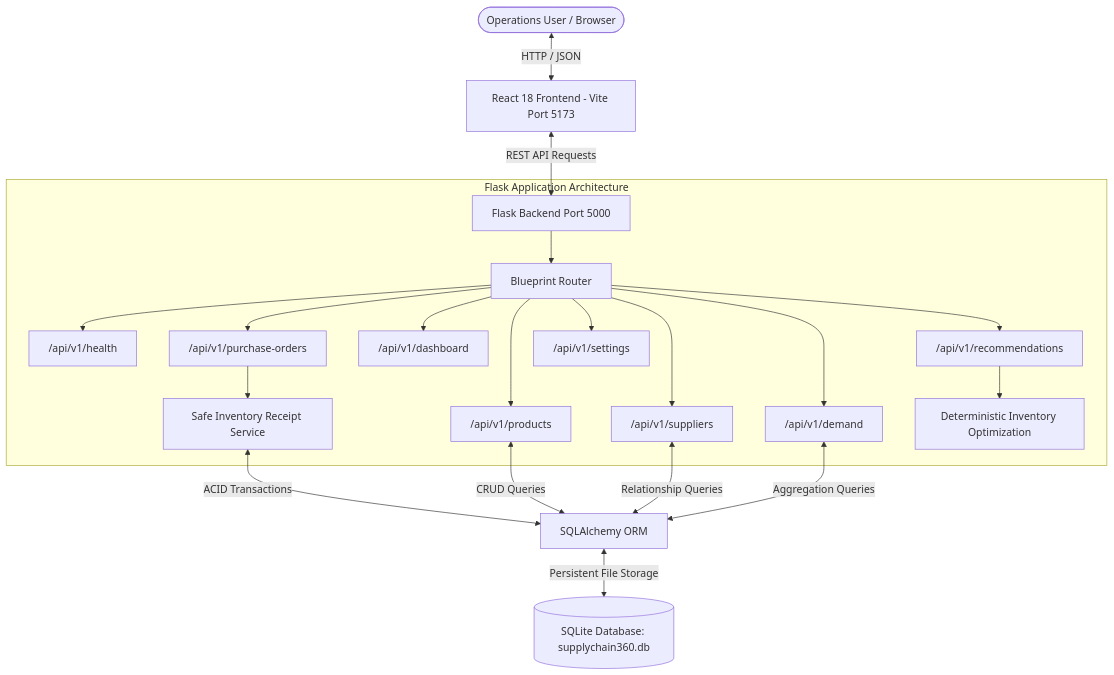
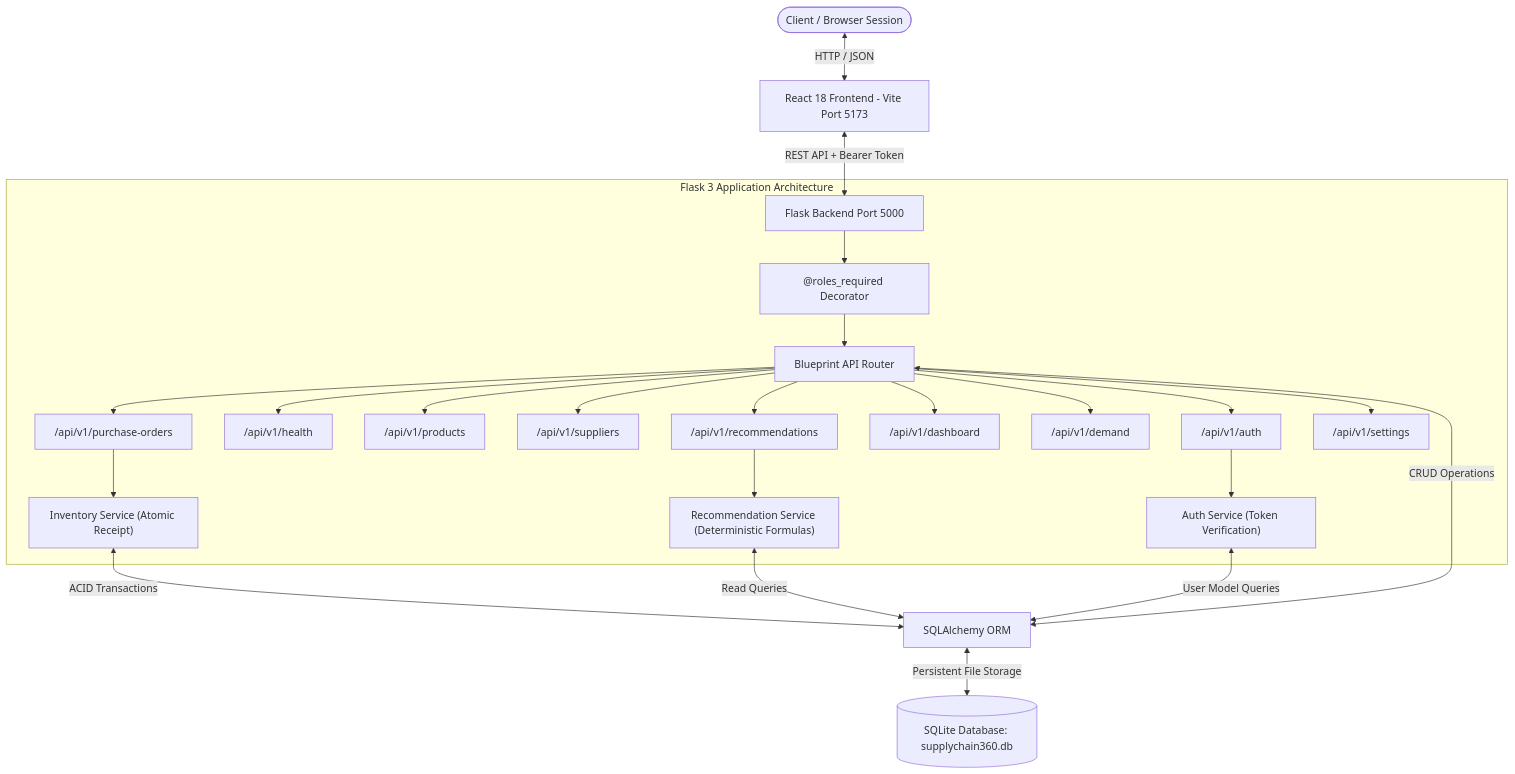
One commit to saniyamore31/SupplyChain360 changed the first of 2 diagrams in README.md. Above: the diagram before and after it, drawn with Mermaid. The commit also changed other lines of this file and 40 other files, not shown here.

````diff
--- a/README.md
+++ b/README.md
@@ -87,27 +101,31 @@
 ```mermaid
 flowchart TD
-    User(["Operations User / Browser"]) <-->|HTTP / JSON| Frontend["React 18 Frontend - Vite Port 5173"]
-    Frontend <-->|REST API Requests| FlaskApp["Flask Backend Port 5000"]
+    User(["Client / Browser Session"]) <-->|HTTP / JSON| Frontend["React 18 Frontend - Vite Port 5173"]
+    Frontend <-->|REST API + Bearer Token| FlaskApp["Flask Backend Port 5000"]
     
-    subgraph FlaskAppArchitecture ["Flask Application Architecture"]
-        FlaskApp --> Router["Blueprint Router"]
+    subgraph FlaskAppArchitecture ["Flask 3 Application Architecture"]
+        FlaskApp --> AuthGuard["@roles_required Decorator"]
+        AuthGuard --> Router["Blueprint API Router"]
+        
+        Router --> V1Auth["/api/v1/auth"]
         Router --> V1Health["/api/v1/health"]
         Router --> V1Products["/api/v1/products"]
         Router --> V1Suppliers["/api/v1/suppliers"]
         Router --> V1Orders["/api/v1/purchase-orders"]
         Router --> V1Dashboard["/api/v1/dashboard"]
         Router --> V1Demand["/api/v1/demand"]
         Router --> V1Recs["/api/v1/recommendations"]
         Router --> V1Settings["/api/v1/settings"]
         
-        V1Orders --> ReceiptEngine["Safe Inventory Receipt Service"]
-        V1Recs --> RecEngine["Deterministic Inventory Optimization"]
+        V1Orders --> InventoryService["Inventory Service (Atomic Receipt)"]
+        V1Recs --> RecService["Recommendation Service (Deterministic Formulas)"]
+        V1Auth --> AuthService["Auth Service (Token Verification)"]
     end
     
-    ReceiptEngine <-->|ACID Transactions| ORM["SQLAlchemy ORM"]
-    V1Products <-->|CRUD Queries| ORM
-    V1Suppliers <-->|Relationship Queries| ORM
-    V1Demand <-->|Aggregation Queries| ORM
+    InventoryService <-->|ACID Transactions| ORM["SQLAlchemy ORM"]
+    RecService <-->|Read Queries| ORM
+    AuthService <-->|User Model Queries| ORM
+    Router <-->|CRUD Operations| ORM
     
     ORM <-->|Persistent File Storage| SQLite[("SQLite Database: supplychain360.db")]
 ```
````
